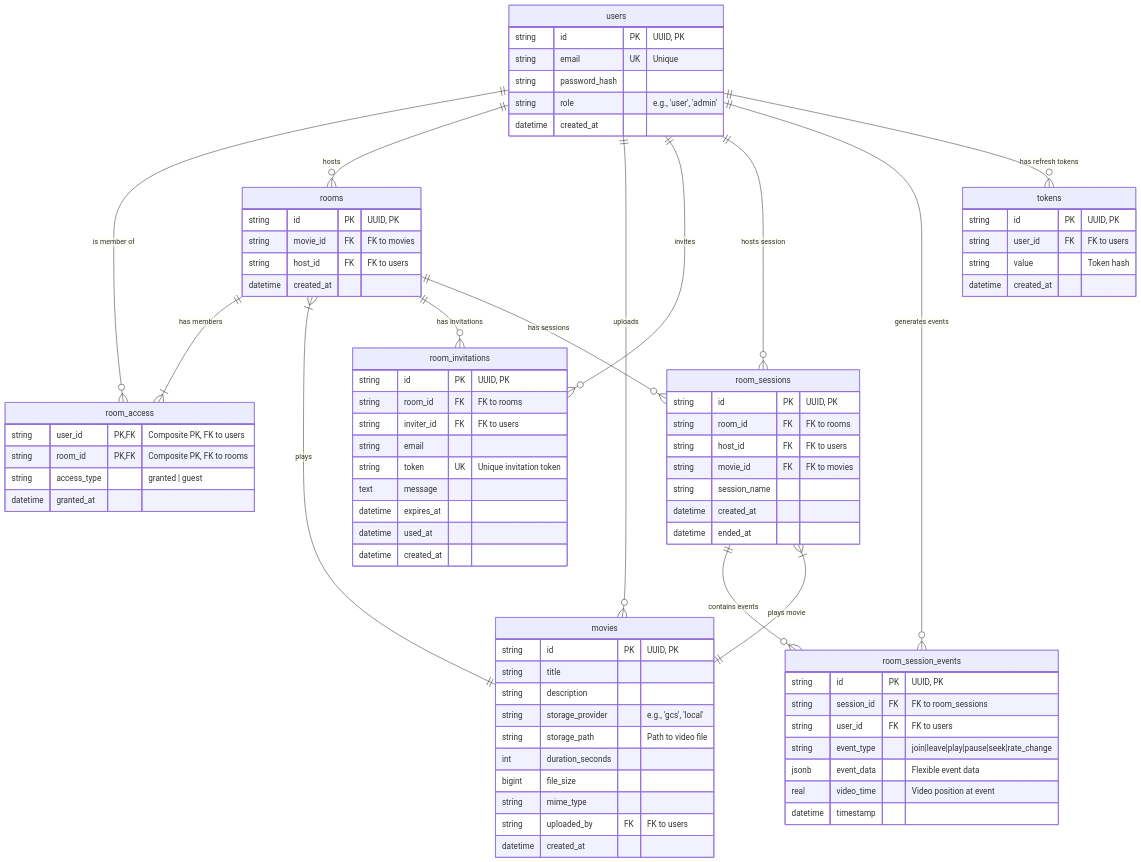
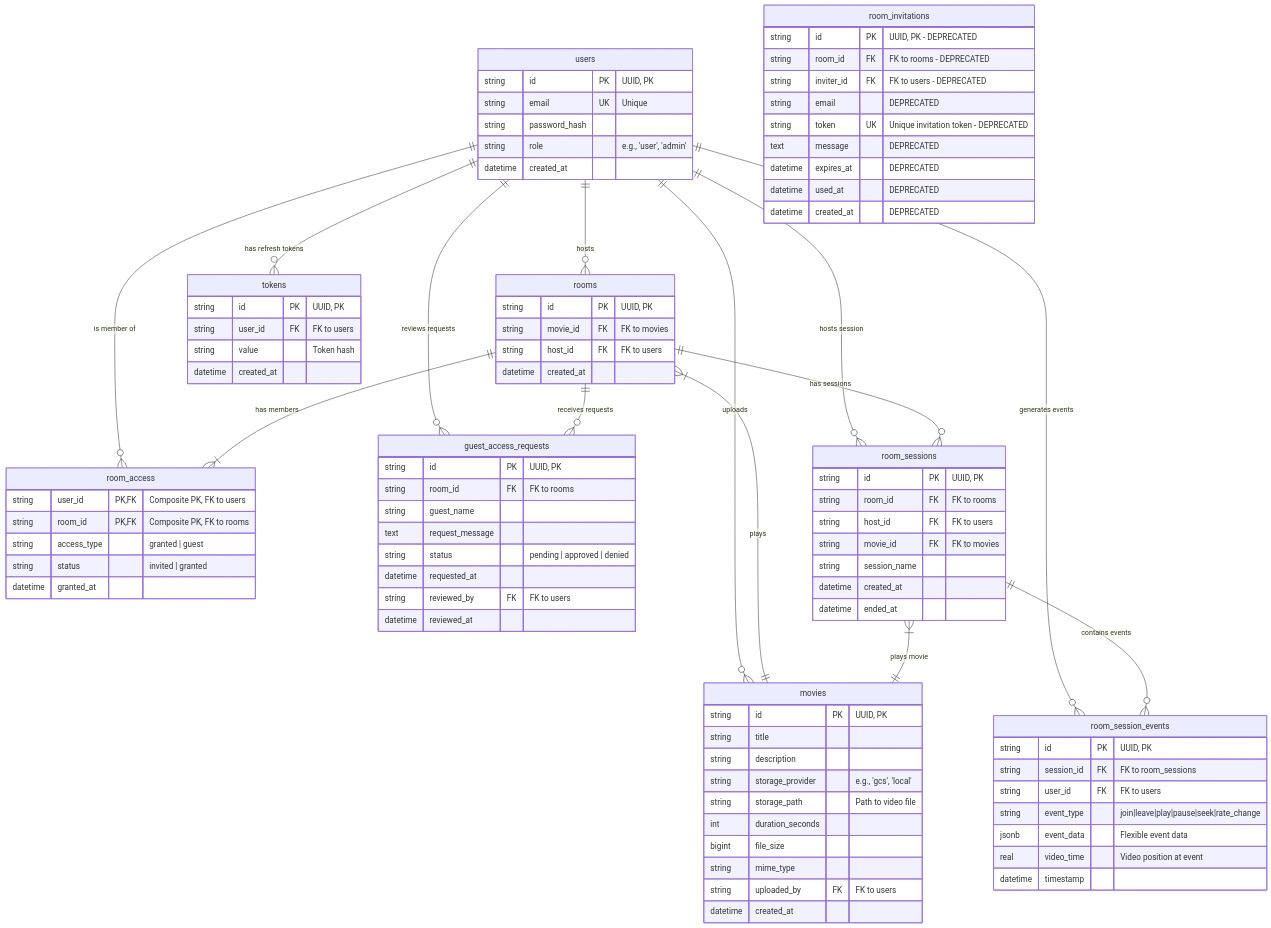
Before and after one commit to c3llus/watch-party: the diagram in docs/erd.mermaid, drawn with Mermaid. The commit also changed 12 other files, not shown here.

```diff
--- a/docs/erd.mermaid
+++ b/docs/erd.mermaid
@@ -1,84 +1,95 @@
 erDiagram
     users {
         string id PK "UUID, PK"
         string email UK "Unique"
         string password_hash
         string role "e.g., 'user', 'admin'"
         datetime created_at
     }
     movies {
         string id PK "UUID, PK"
         string title
         string description
         string storage_provider "e.g., 'gcs', 'local'"
         string storage_path "Path to video file"
         int duration_seconds
         bigint file_size
         string mime_type
         string uploaded_by FK "FK to users"
         datetime created_at
     }
     rooms {
         string id PK "UUID, PK"
         string movie_id FK "FK to movies"
         string host_id FK "FK to users"
         datetime created_at
     }
     room_access {
         string user_id PK, FK "Composite PK, FK to users"
         string room_id PK, FK "Composite PK, FK to rooms"
         string access_type "granted | guest"
+        string status "invited | granted"
         datetime granted_at
     }
-    room_invitations {
+    guest_access_requests {
         string id PK "UUID, PK"
         string room_id FK "FK to rooms"
-        string inviter_id FK "FK to users"
-        string email
-        string token UK "Unique invitation token"
-        text message
-        datetime expires_at
-        datetime used_at
-        datetime created_at
+        string guest_name
+        text request_message
+        string status "pending | approved | denied"
+        datetime requested_at
+        string reviewed_by FK "FK to users"
+        datetime reviewed_at
+    }
+    room_invitations {
+        string id PK "UUID, PK - DEPRECATED"
+        string room_id FK "FK to rooms - DEPRECATED"
+        string inviter_id FK "FK to users - DEPRECATED"
+        string email "DEPRECATED"
+        string token UK "Unique invitation token - DEPRECATED"
+        text message "DEPRECATED"
+        datetime expires_at "DEPRECATED"
+        datetime used_at "DEPRECATED"
+        datetime created_at "DEPRECATED"
     }
     room_sessions {
         string id PK "UUID, PK"
         string room_id FK "FK to rooms"
         string host_id FK "FK to users"
         string movie_id FK "FK to movies"
         string session_name
         datetime created_at
         datetime ended_at
     }
     room_session_events {
         string id PK "UUID, PK"
         string session_id FK "FK to room_sessions"
         string user_id FK "FK to users"
         string event_type "join|leave|play|pause|seek|rate_change"
         jsonb event_data "Flexible event data"
         real video_time "Video position at event"
         datetime timestamp
     }
     tokens {
         string id PK "UUID, PK"
         string user_id FK "FK to users"
         string value "Token hash"
         datetime created_at
     }
 
     %% Relationships
     users ||--o{ room_access : "is member of"
     users ||--o{ rooms : "hosts"
     users ||--o{ movies : "uploads"
-    users ||--o{ room_invitations : "invites"
     users ||--o{ room_sessions : "hosts session"
     users ||--o{ room_session_events : "generates events"
     users ||--o{ tokens : "has refresh tokens"
+    users ||--o{ guest_access_requests : "reviews requests"
     
     rooms ||--|{ room_access : "has members"
     rooms }|--|| movies : "plays"
-    rooms ||--o{ room_invitations : "has invitations"
     rooms ||--o{ room_sessions : "has sessions"
+    rooms ||--o{ guest_access_requests : "receives requests"
     
     room_sessions ||--o{ room_session_events : "contains events"
     room_sessions }|--|| movies : "plays movie"
```
